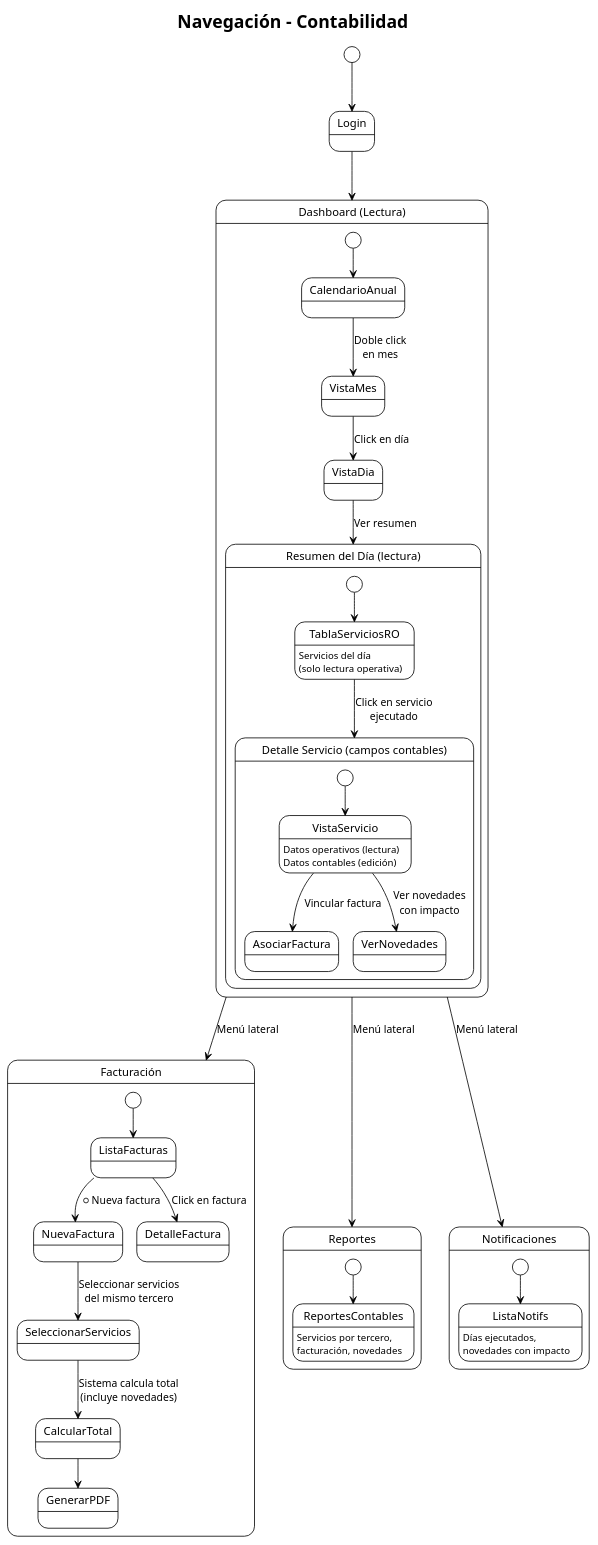
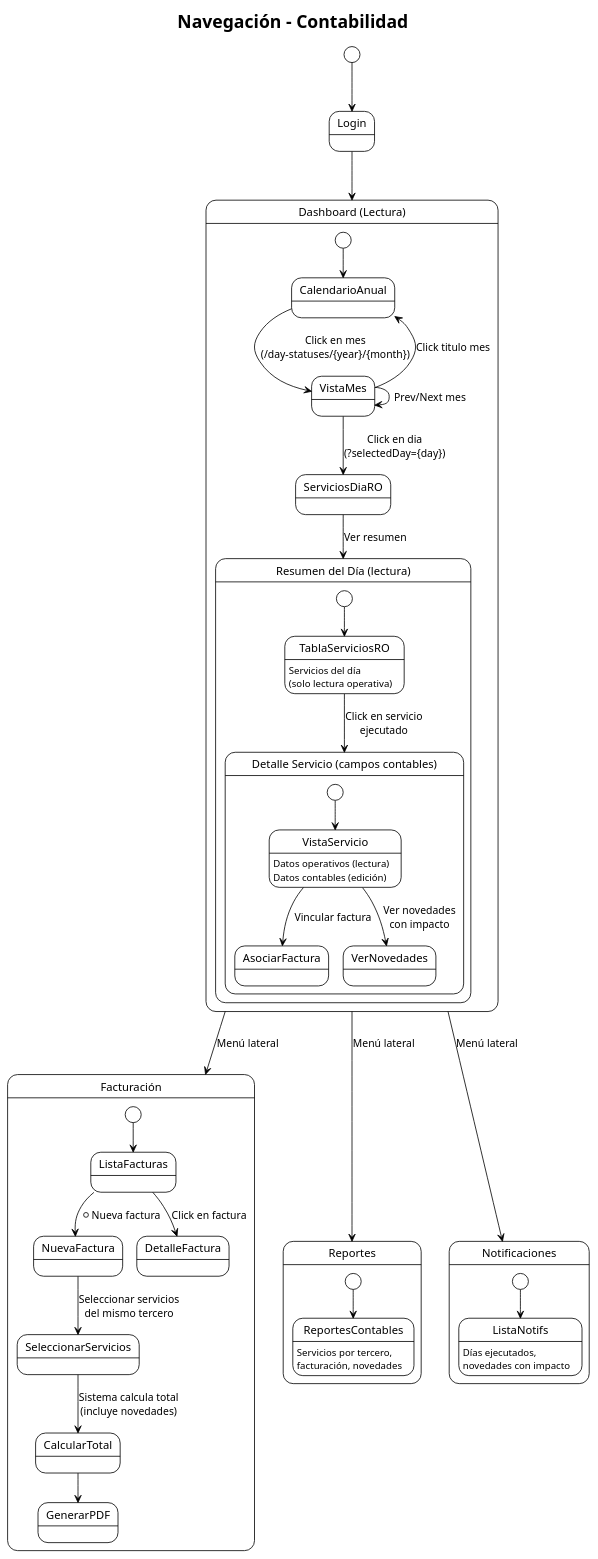
The sixth of 8 diagrams in docs/navegacion.md (cristian-home/sgte-app), drawn with PlantUML before and after one commit. The commit also changed other lines of this file and 15 other files, not shown here.

First line of the commit message:
feat(calendar): implement path-based calendar navigation with month detail and inline day services

````diff
--- a/docs/navegacion.md
+++ b/docs/navegacion.md
@@ -341,53 +345,55 @@
 ```plantuml
 @startuml
 !theme plain
 title Navegación - Contabilidad
 
 [*] --> Login
 Login --> DashboardContable
 
 state "Dashboard (Lectura)" as DashboardContable {
   [*] --> CalendarioAnual
-  CalendarioAnual --> VistaMes : Doble click\nen mes
-  VistaMes --> VistaDia : Click en día
-  VistaDia --> ResumenDiaRO : Ver resumen
+  CalendarioAnual --> VistaMes : Click en mes\n(/day-statuses/{year}/{month})
+  VistaMes --> VistaMes : Prev/Next mes
+  VistaMes --> CalendarioAnual : Click titulo mes
+  VistaMes --> ServiciosDiaRO : Click en dia\n(?selectedDay={day})
+  ServiciosDiaRO --> ResumenDiaRO : Ver resumen
 }
 
 state "Resumen del Día (lectura)" as ResumenDiaRO {
   [*] --> TablaServiciosRO
   TablaServiciosRO : Servicios del día\n(solo lectura operativa)
   TablaServiciosRO --> DetalleServicioContable : Click en servicio\nejecutado
 }
 
 state "Detalle Servicio (campos contables)" as DetalleServicioContable {
   [*] --> VistaServicio
   VistaServicio : Datos operativos (lectura)\nDatos contables (edición)
   VistaServicio --> AsociarFactura : Vincular factura
   VistaServicio --> VerNovedades : Ver novedades\ncon impacto
 }
 
 state "Facturación" as Facturacion {
   [*] --> ListaFacturas
   ListaFacturas --> NuevaFactura : + Nueva factura
   NuevaFactura --> SeleccionarServicios : Seleccionar servicios\ndel mismo tercero
   SeleccionarServicios --> CalcularTotal : Sistema calcula total\n(incluye novedades)
   CalcularTotal --> GenerarPDF
   ListaFacturas --> DetalleFactura : Click en factura
 }
 
 state "Reportes" as Reportes {
   [*] --> ReportesContables
   ReportesContables : Servicios por tercero,\nfacturación, novedades
 }
 
 state "Notificaciones" as Notificaciones {
   [*] --> ListaNotifs
   ListaNotifs : Días ejecutados,\nnovedades con impacto
 }
 
 DashboardContable --> Facturacion : Menú lateral
 DashboardContable --> Reportes : Menú lateral
 DashboardContable --> Notificaciones : Menú lateral
 
 @enduml
 ```
````
